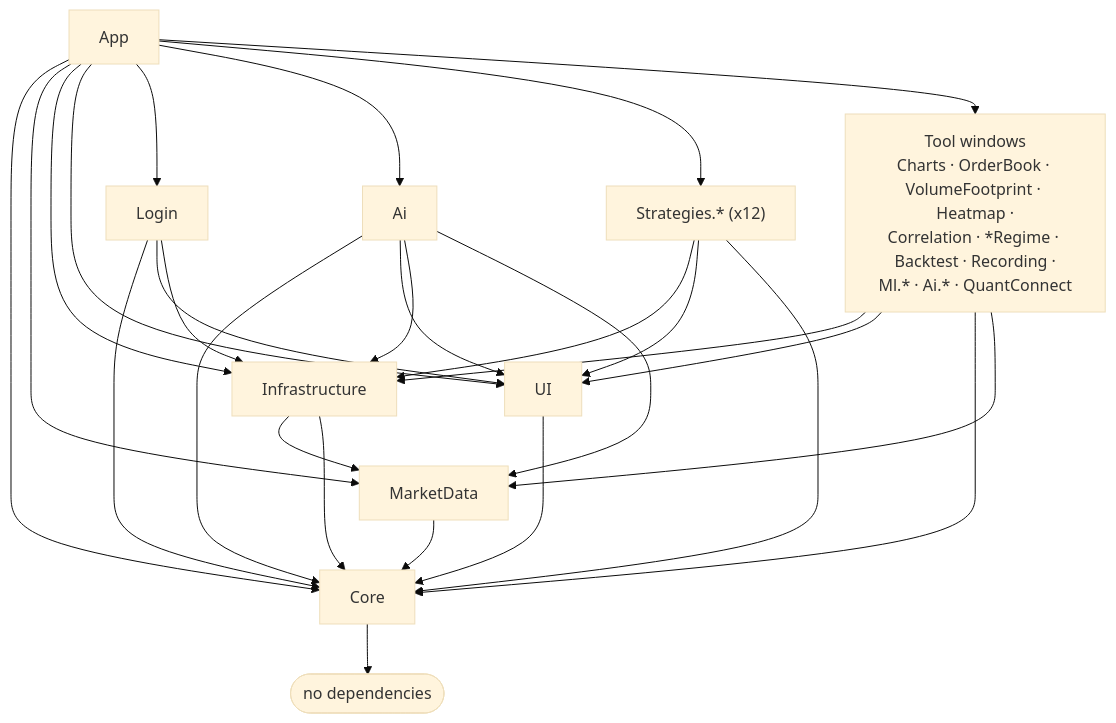
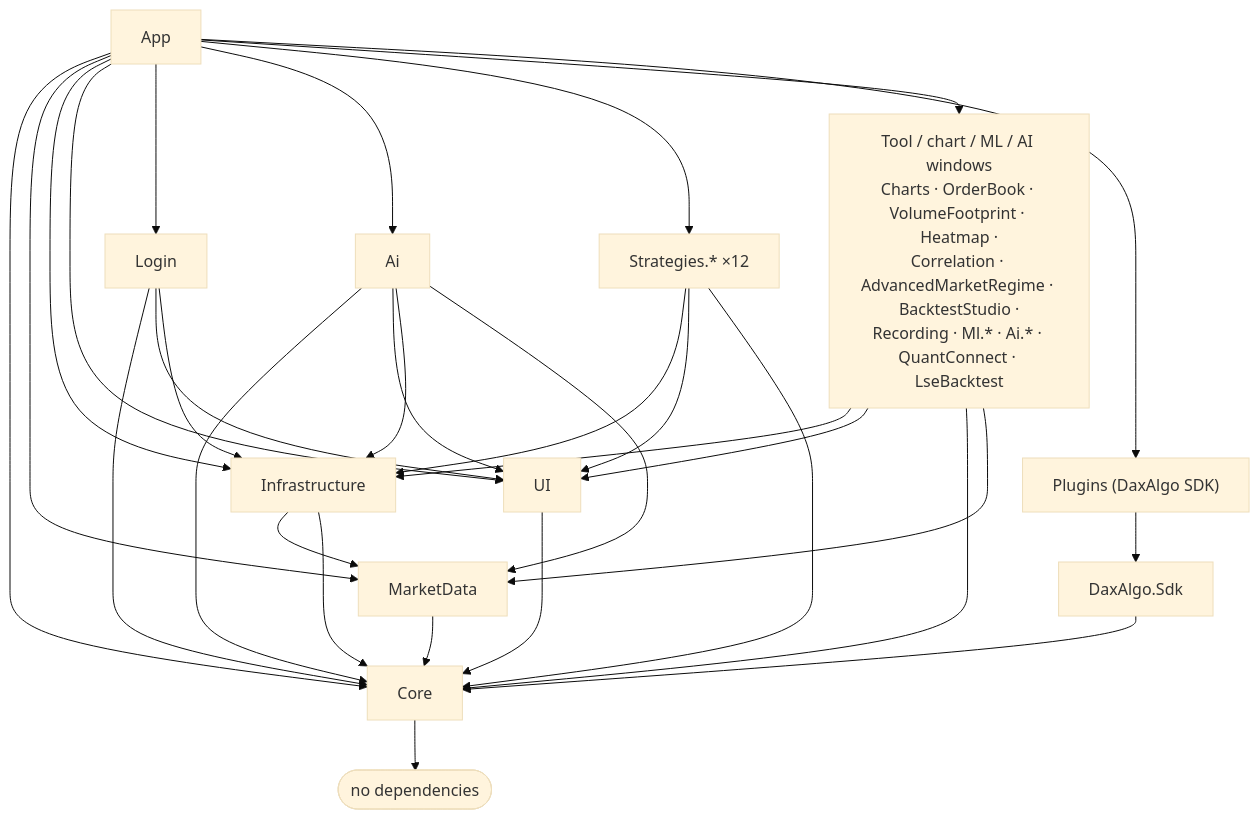
One commit to dhruuvsharma/DaxAlgo-Terminal changed the second of 2 diagrams in README.md. Above: the diagram before and after it, drawn with Mermaid (base theme). The commit also changed other lines of this file and 22 other files, not shown here.

````diff
--- a/README.md
+++ b/README.md
@@ -143,14 +320,16 @@
 ```mermaid
 flowchart TD
     App --> Core & MarketData & Infrastructure & UI & Login & Ai
-    App --> Strategies["Strategies.* (x12)"]
-    App --> ToolWins["Tool windows<br/>Charts · OrderBook · VolumeFootprint · Heatmap ·<br/>Correlation · *Regime · Backtest · Recording ·<br/>Ml.* · Ai.* · QuantConnect"]
+    App --> Strategies["Strategies.* ×12"]
+    App --> ToolWins["Tool / chart / ML / AI windows<br/>Charts · OrderBook · VolumeFootprint · Heatmap ·<br/>Correlation · AdvancedMarketRegime · BacktestStudio ·<br/>Recording · Ml.* · Ai.* · QuantConnect · LseBacktest"]
+    App --> Plugins["Plugins (DaxAlgo SDK)"]
     Login --> Core & UI & Infrastructure
     Ai --> Core & UI & Infrastructure & MarketData
     Strategies --> Infrastructure & UI & Core
     ToolWins --> Infrastructure & UI & Core & MarketData
+    Plugins --> SDK[DaxAlgo.Sdk] --> Core
     Infrastructure --> MarketData & Core
     MarketData --> Core
     UI --> Core
     Core --> Nothing([no dependencies])
 ```
````
